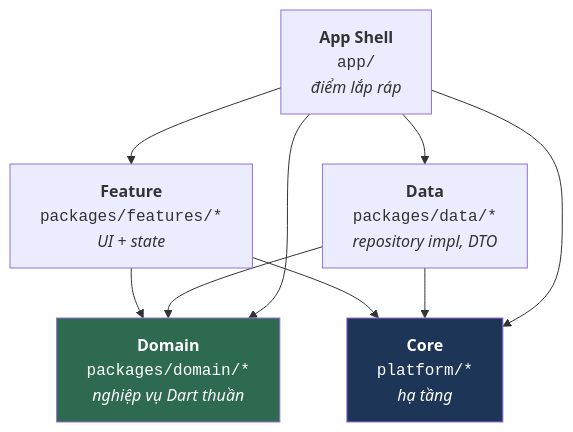
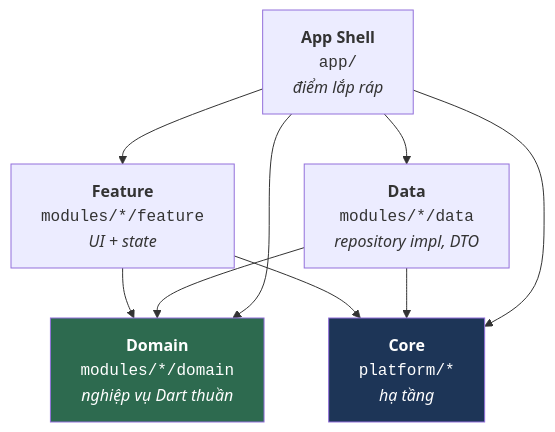
One commit to CaoGiaHieu-dev/flutter-monorepo-codebase changed the diagram in docs/vi/architecture/01_overview.md. Above: the diagram before and after it, drawn with Mermaid. The commit also changed other lines of this file and 297 other files, not shown here.

First line of the commit message:
refactor: move product packages into vertical slices under modules/

````diff
--- a/docs/vi/architecture/01_overview.md
+++ b/docs/vi/architecture/01_overview.md
@@ -13,20 +13,20 @@
 ```mermaid
 graph TD
     App["<b>App Shell</b><br/><code>app/</code><br/><i>điểm lắp ráp</i>"]
-    Feature["<b>Feature</b><br/><code>packages/features/*</code><br/><i>UI + state</i>"]
-    Domain["<b>Domain</b><br/><code>packages/domain/*</code><br/><i>nghiệp vụ Dart thuần</i>"]
-    Data["<b>Data</b><br/><code>packages/data/*</code><br/><i>repository impl, DTO</i>"]
+    Feature["<b>Feature</b><br/><code>modules/*/feature</code><br/><i>UI + state</i>"]
+    Domain["<b>Domain</b><br/><code>modules/*/domain</code><br/><i>nghiệp vụ Dart thuần</i>"]
+    Data["<b>Data</b><br/><code>modules/*/data</code><br/><i>repository impl, DTO</i>"]
     Core["<b>Core</b><br/><code>platform/*</code><br/><i>hạ tầng</i>"]
 
     Feature --> Domain
     Data --> Domain
     Feature --> Core
     Data --> Core
     App --> Feature
     App --> Data
     App --> Domain
     App --> Core
 
     style Domain fill:#2d6a4f,color:#fff
     style Core fill:#1d3557,color:#fff
 ```
````
